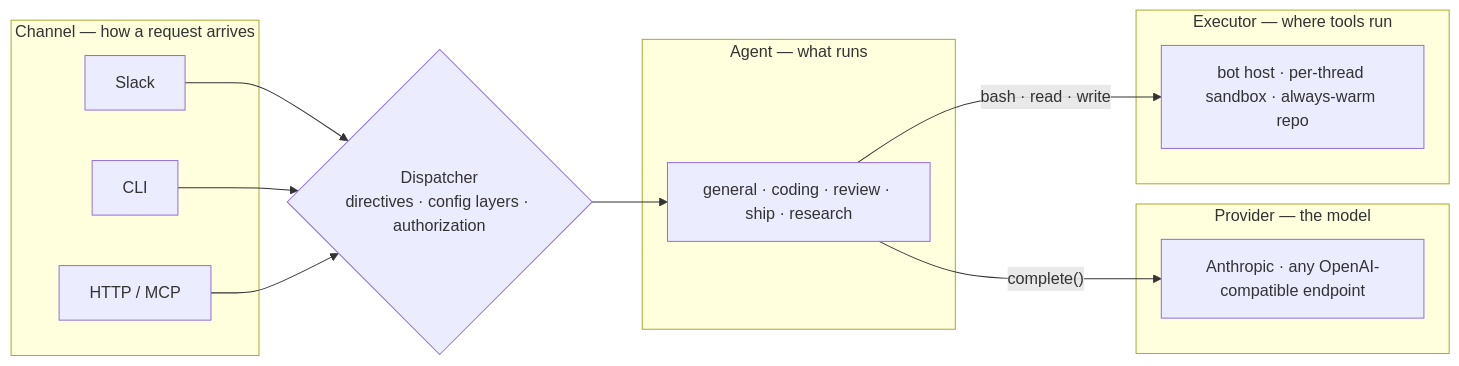
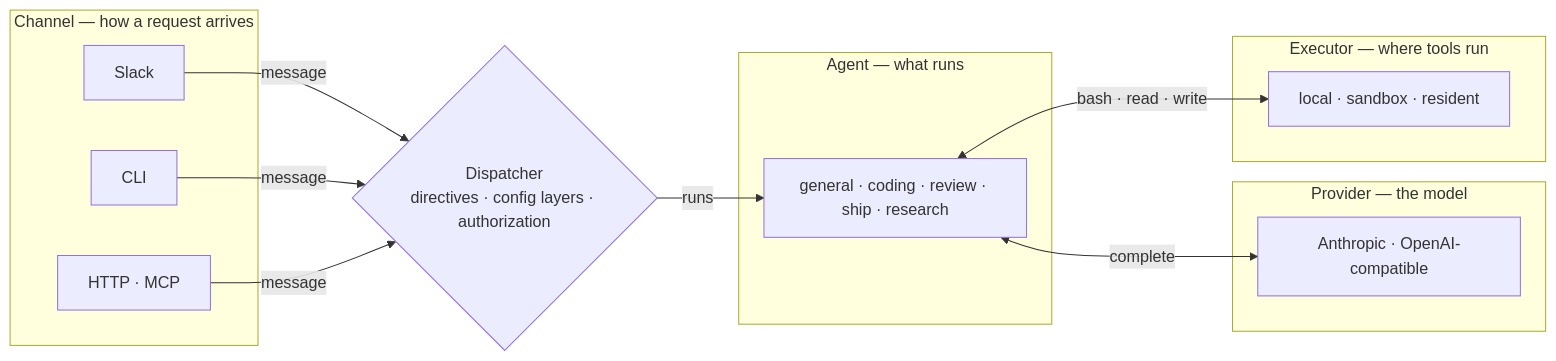
The diagram in README.md (coreplanelabs/switchboard), drawn with Mermaid before and after one commit. The commit also changed 22 other files, not shown here.

First line of the commit message:
docs(docs): every diagram shares one visual system, and the four seams and the deploy order are drawn from one source each

````diff
--- a/README.md
+++ b/README.md
@@ -20,26 +22,22 @@
 ```mermaid
 flowchart LR
     subgraph channel ["Channel — how a request arrives"]
-        SL["Slack"]
-        CLI["CLI"]
-        HTTP["HTTP / MCP"]
+        C1["Slack"]
+        C2["CLI"]
+        C3["HTTP · MCP"]
     end
-
     D{"Dispatcher<br/>directives · config layers · authorization"}
-
     subgraph agent ["Agent — what runs"]
         AG["general · coding · review · ship · research"]
     end
-
     subgraph provider ["Provider — the model"]
-        P["Anthropic · any OpenAI-compatible endpoint"]
+        P["Anthropic · OpenAI-compatible"]
     end
-
     subgraph executor ["Executor — where tools run"]
-        E["bot host · per-thread sandbox · always-warm repo"]
+        E["local · sandbox · resident"]
     end
-
-    SL & CLI & HTTP --> D --> AG
-    AG -->|"complete()"| P
-    AG -->|"bash · read · write"| E
+    C1 & C2 & C3 -->|"message"| D
+    D -->|"runs"| AG
+    AG <-->|"complete"| P
+    AG <-->|"bash · read · write"| E
 ```
````
